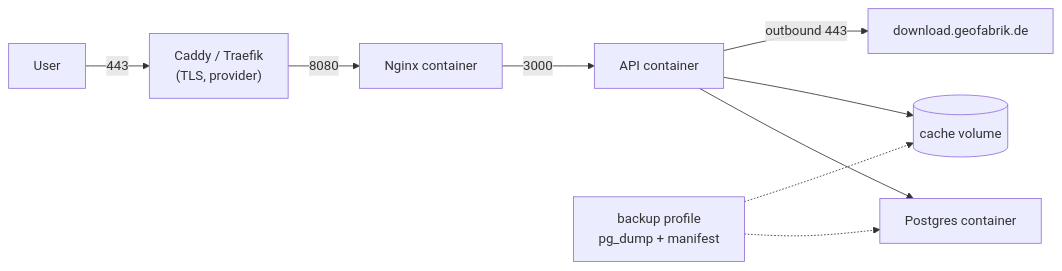
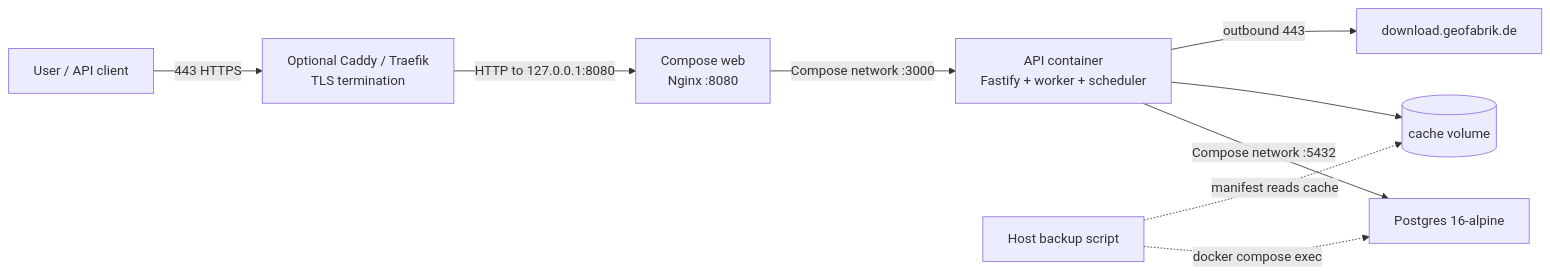
Before and after one commit to komeilm76/mapirror: the third of 11 diagrams in docs/06-diagrams.md, drawn with Mermaid. The commit also changed other lines of this file and 6 other files, not shown here.

Commit message:
docs: reverify API contracts and refresh diagrams

````diff
--- a/docs/06-diagrams.md
+++ b/docs/06-diagrams.md
@@ -48,11 +59,11 @@
 ```mermaid
 flowchart LR
-  u["User"] -->|443| caddy["Caddy / Traefik\n(TLS, provider)"]
-  caddy -->|8080| nginx["Nginx container"]
-  nginx -->|3000| fastify["API container"]
-  fastify --> pg["Postgres container"]
-  fastify --> cache[("cache volume")]
-  fastify -->|outbound 443| geofabrik["download.geofabrik.de"]
-  backup["backup profile\npg_dump + manifest"] -.-> pg
-  backup -.-> cache
+  user["User / API client"] -->|443 HTTPS| proxy["Optional Caddy / Traefik\nTLS termination"]
+  proxy -->|HTTP to 127.0.0.1:8080| web["Compose web\nNginx :8080"]
+  web -->|Compose network :3000| api["API container\nFastify + worker + scheduler"]
+  api -->|Compose network :5432| pg["Postgres 16-alpine"]
+  api --> cache[("cache volume")]
+  api -->|outbound 443| geofabrik["download.geofabrik.de"]
+  operator["Host backup script"] -.->|docker compose exec| pg
+  operator -.->|manifest reads cache| cache
 ```
````
